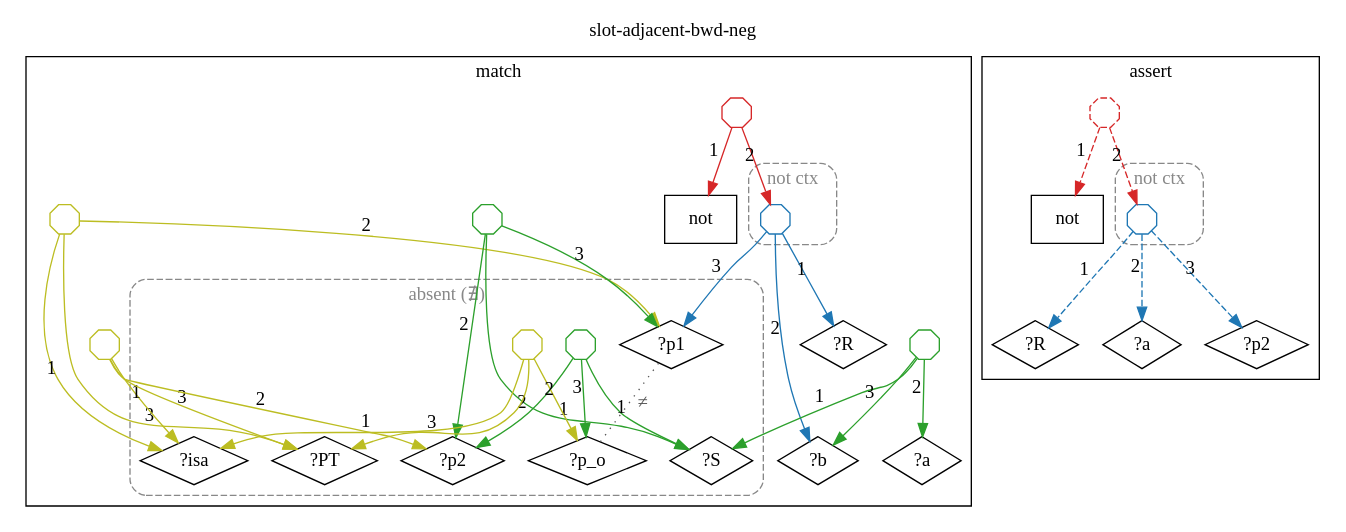
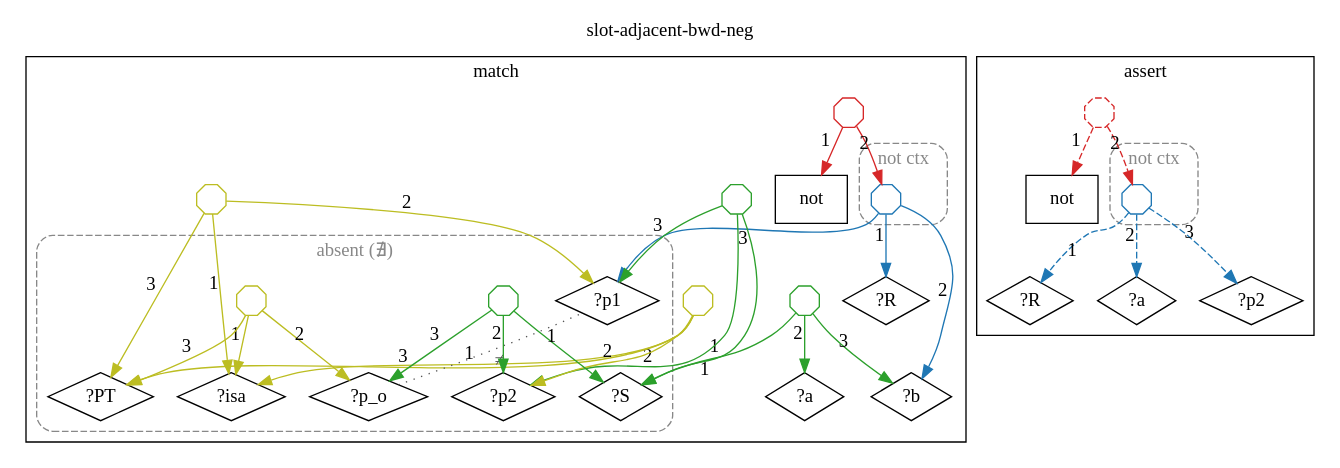
One commit to agutikov/ein changed the diagram in docs/ein/user/04-reference/04-stdlib/diagrams/06-std.slots.slot-adjacent-bwd-neg.dot. Above: the diagram before and after it, drawn with Graphviz. The commit also changed 102 other files, not shown here.

```diff
--- a/docs/ein/user/04-reference/04-stdlib/diagrams/06-std.slots.slot-adjacent-bwd-neg.dot
+++ b/docs/ein/user/04-reference/04-stdlib/diagrams/06-std.slots.slot-adjacent-bwd-neg.dot
@@ -1,70 +1,70 @@
 digraph rule_slot_adjacent_bwd_neg_lhs_rhs {
   rankdir=TB;
   label="slot-adjacent-bwd-neg"; labelloc=t;
   subgraph cluster_lhs { label="match";
     "?S_L" [label="?S", shape=diamond];
     "?a_L" [label="?a", shape=diamond];
     "?b_L" [label="?b", shape=diamond];
     "not_L" [label="not", shape=box];
     "?R_L" [label="?R", shape=diamond];
     "?p1_L" [label="?p1", shape=diamond];
     "?isa_L" [label="?isa", shape=diamond];
     "?PT_L" [label="?PT", shape=diamond];
     "?p2_L" [label="?p2", shape=diamond];
     subgraph cluster_ctx_L_0 {
       label="not ctx"; style="dashed,rounded"; color="#888888"; fontcolor="#888888";
       "(?R ?b ?p1)_L" [shape=octagon, label="", width=0.3, height=0.3, fixedsize=true, color="#1f77b4"];
     }
     "h1_S_L" [shape=octagon, label="", width=0.3, height=0.3, fixedsize=true, color="#2ca02c"];
     "h1_S_L" -> "?S_L" [xlabel="1", color="#2ca02c"];
     "h1_S_L" -> "?a_L" [xlabel="2", color="#2ca02c"];
     "h1_S_L" -> "?b_L" [xlabel="3", color="#2ca02c"];
     "h2_not_L" [shape=octagon, label="", width=0.3, height=0.3, fixedsize=true, color="#d62728"];
     "h2_not_L" -> "not_L" [xlabel="1", color="#d62728"];
     "h2_not_L" -> "(?R ?b ?p1)_L" [xlabel="2", color="#d62728"];
     "h3_isa_L" [shape=octagon, label="", width=0.3, height=0.3, fixedsize=true, color="#bcbd22"];
     "h3_isa_L" -> "?isa_L" [xlabel="1", color="#bcbd22"];
     "h3_isa_L" -> "?p1_L" [xlabel="2", color="#bcbd22"];
     "h3_isa_L" -> "?PT_L" [xlabel="3", color="#bcbd22"];
     "h4_S_L" [shape=octagon, label="", width=0.3, height=0.3, fixedsize=true, color="#2ca02c"];
     "h4_S_L" -> "?S_L" [xlabel="1", color="#2ca02c"];
     "h4_S_L" -> "?p2_L" [xlabel="2", color="#2ca02c"];
     "h4_S_L" -> "?p1_L" [xlabel="3", color="#2ca02c"];
     "h5_isa_L" [shape=octagon, label="", width=0.3, height=0.3, fixedsize=true, color="#bcbd22"];
     "h5_isa_L" -> "?isa_L" [xlabel="1", color="#bcbd22"];
     "h5_isa_L" -> "?p2_L" [xlabel="2", color="#bcbd22"];
     "h5_isa_L" -> "?PT_L" [xlabel="3", color="#bcbd22"];
     "(?R ?b ?p1)_L" -> "?R_L" [xlabel="1", color="#1f77b4"];
     "(?R ?b ?p1)_L" -> "?b_L" [xlabel="2", color="#1f77b4"];
     "(?R ?b ?p1)_L" -> "?p1_L" [xlabel="3", color="#1f77b4"];
     subgraph cluster_absent_L_0 {
       label="absent (∄)"; style="dashed,rounded"; color="#888888"; fontcolor="#888888";
       "?p_o_L" [label="?p_o", shape=diamond];
       "h6_S_L" [shape=octagon, label="", width=0.3, height=0.3, fixedsize=true, color="#2ca02c"];
       "h6_S_L" -> "?S_L" [xlabel="1", color="#2ca02c"];
       "h6_S_L" -> "?p2_L" [xlabel="2", color="#2ca02c"];
       "h6_S_L" -> "?p_o_L" [xlabel="3", color="#2ca02c"];
       "h7_isa_L" [shape=octagon, label="", width=0.3, height=0.3, fixedsize=true, color="#bcbd22"];
       "h7_isa_L" -> "?isa_L" [xlabel="1", color="#bcbd22"];
       "h7_isa_L" -> "?p_o_L" [xlabel="2", color="#bcbd22"];
       "h7_isa_L" -> "?PT_L" [xlabel="3", color="#bcbd22"];
-      "?p_o_L" -> "?p1_L" [label="≠", dir=none, style=dotted, color="#555555", fontcolor="#555555", constraint=false];
+      "?p_o_L" -> "?p1_L" [xlabel="≠", dir=none, style=dotted, color="#555555", fontcolor="#555555", constraint=false];
     }
   }
   subgraph cluster_rhs { label="assert";
     "not_R" [label="not", shape=box];
     "?R_R" [label="?R", shape=diamond];
     "?a_R" [label="?a", shape=diamond];
     "?p2_R" [label="?p2", shape=diamond];
     subgraph cluster_ctx_R_0 {
       label="not ctx"; style="dashed,rounded"; color="#888888"; fontcolor="#888888";
       "(?R ?a ?p2)_R" [shape=octagon, label="", width=0.3, height=0.3, fixedsize=true, color="#1f77b4"];
     }
     "h8_not_R" [shape=octagon, label="", width=0.3, height=0.3, fixedsize=true, color="#d62728", style=dashed];
     "h8_not_R" -> "not_R" [xlabel="1", color="#d62728", style=dashed];
     "h8_not_R" -> "(?R ?a ?p2)_R" [xlabel="2", color="#d62728", style=dashed];
     "(?R ?a ?p2)_R" -> "?R_R" [xlabel="1", color="#1f77b4", style=dashed];
     "(?R ?a ?p2)_R" -> "?a_R" [xlabel="2", color="#1f77b4", style=dashed];
     "(?R ?a ?p2)_R" -> "?p2_R" [xlabel="3", color="#1f77b4", style=dashed];
   }
 }
```
